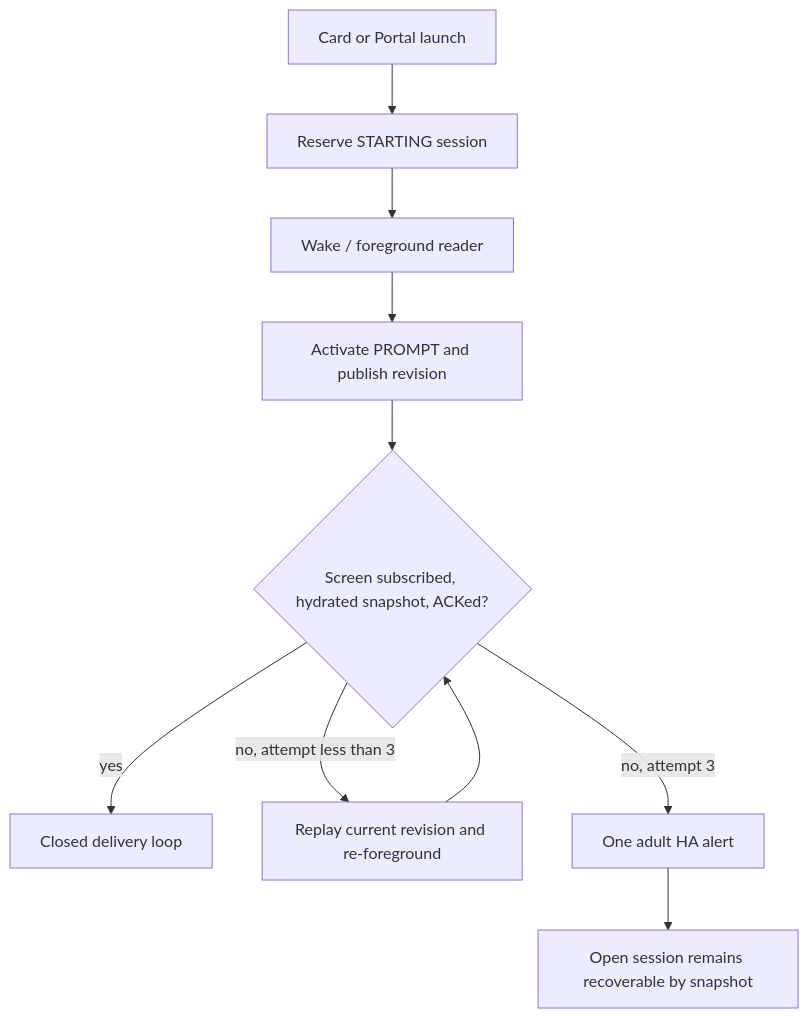
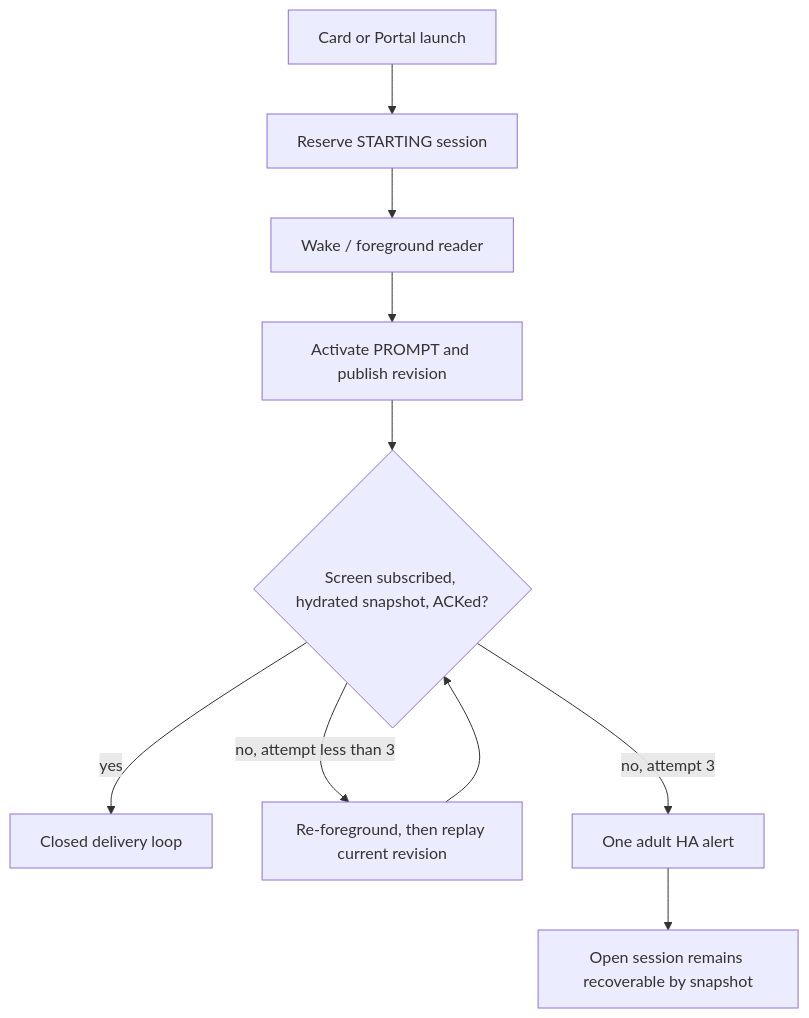
One commit to kckern/DaylightStation changed the fifth of 6 diagrams in docs/reference/school/reading-sessions.md. Above: the diagram before and after it, drawn with Mermaid. The commit also changed other lines of this file and 17 other files, not shown here.

````diff
--- a/docs/reference/school/reading-sessions.md
+++ b/docs/reference/school/reading-sessions.md
@@ -359,12 +378,12 @@
 ```mermaid
 flowchart TD
   A[Card or Portal launch] --> B[Reserve STARTING session]
   B --> C[Wake / foreground reader]
   C --> D[Activate PROMPT and publish revision]
   D --> E{Screen subscribed, hydrated snapshot, ACKed?}
   E -->|yes| F[Closed delivery loop]
-  E -->|no, attempt less than 3| G[Replay current revision and re-foreground]
+  E -->|no, attempt less than 3| G[Re-foreground, then replay current revision]
   G --> E
   E -->|no, attempt 3| H[One adult HA alert]
   H --> I[Open session remains recoverable by snapshot]
 ```
````
